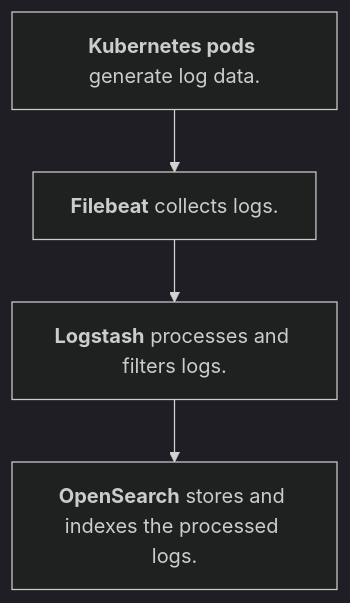
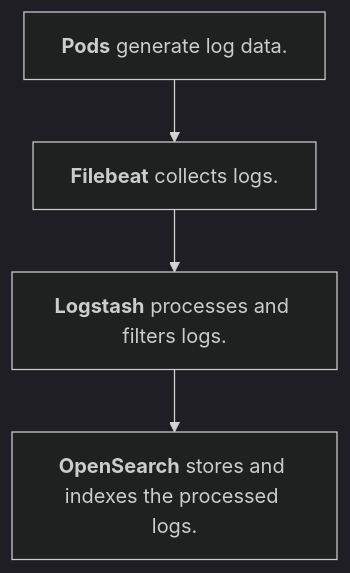
The diagram in docs/guide_me/performance_tuning/container_deployments/logstash_opensearch.md (HCL-TECH-SOFTWARE/digital-experience), drawn with Mermaid (dark theme) before and after one commit. The commit also changed other lines of this file, not shown here.

````diff
--- a/docs/guide_me/performance_tuning/container_deployments/logstash_opensearch.md
+++ b/docs/guide_me/performance_tuning/container_deployments/logstash_opensearch.md
@@ -28,12 +28,12 @@
 ```mermaid
 flowchart TB
   accTitle: Data flow overview
   accDescr: Flowchart showing how logs are processed from Kubernetes to OpenSearch
-  node_1["`**Kubernetes pods** generate log data.`"]
+  node_1["`**Pods** generate log data.`"]
   node_2["`**Filebeat** collects logs.`"]
   node_3["`**Logstash** processes and filters logs.`"]
   node_4["`**OpenSearch** stores and indexes the processed logs.`"]
   node_1 --> node_2
   node_2 --> node_3
   node_3 --> node_4
 ```
````
